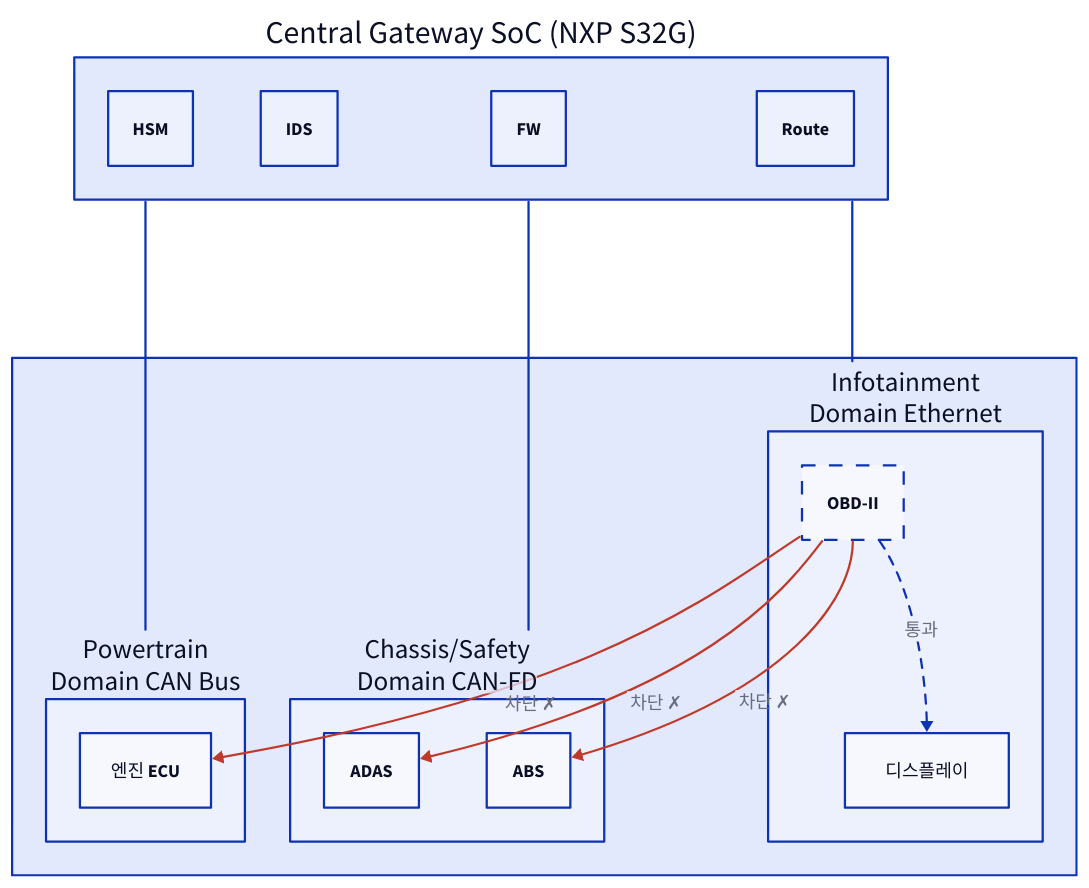
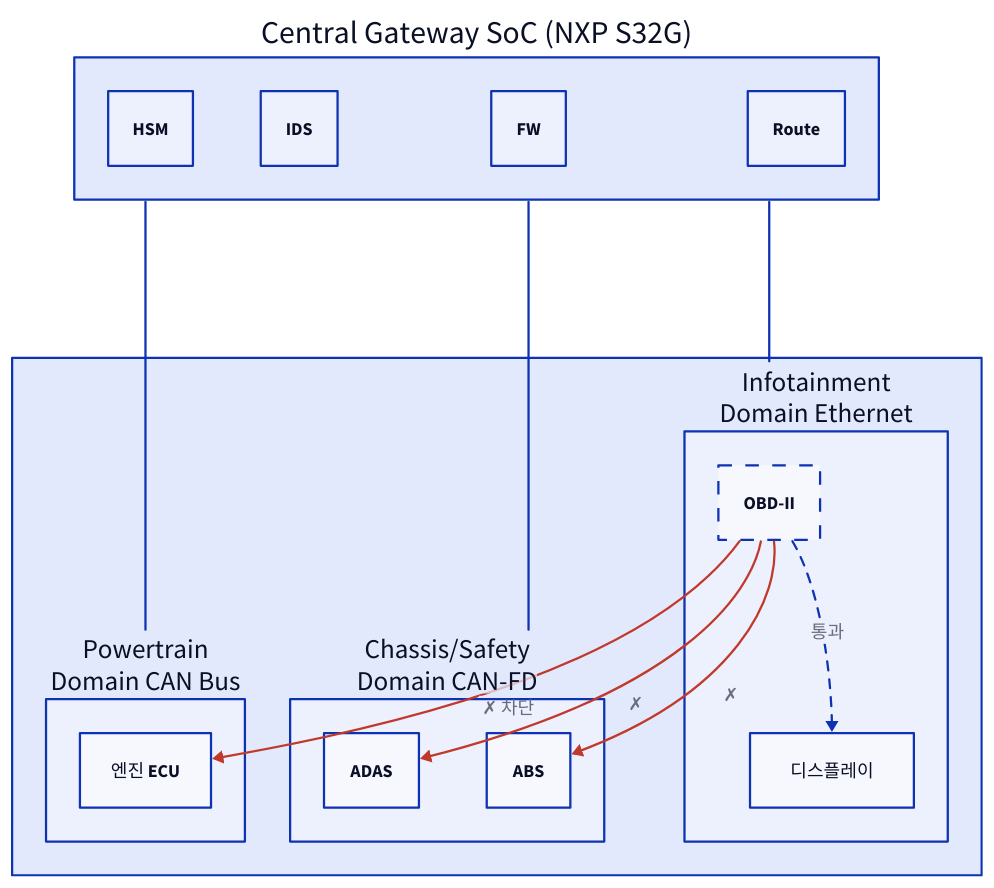
Before and after one commit to humbleowl39/DV_SKOOL: diagram 12 of 14 in starlight_site/src/content/docs/automotive_cybersecurity/02_automotive_soc_security.md, drawn with D2. The commit also changed 714 other files, not shown here.

First line of the commit message:
fix(site): d2 다이어그램 가독성 결함 6종 일괄 수정

````diff
--- a/starlight_site/src/content/docs/automotive_cybersecurity/02_automotive_soc_security.md
+++ b/starlight_site/src/content/docs/automotive_cybersecurity/02_automotive_soc_security.md
@@ -490,34 +490,34 @@
 ```d2
 direction: down
 
 GW: "Central Gateway SoC (NXP S32G)" {
   direction: right
   G_HSM: HSM
   G_IDS: IDS
   G_FW: FW
   G_RT: Route
 }
 
 DOMAINS: "" {
   direction: right
   PT: "Powertrain\nDomain CAN Bus" {
     ENG: "엔진 ECU"
   }
   CH: "Chassis/Safety\nDomain CAN-FD" {
     ADAS: ADAS
     ABS: ABS
   }
   IN: "Infotainment\nDomain Ethernet" {
     DISP: 디스플레이
     OBD: "OBD-II" { style.stroke-dash: 6; style.stroke-width: 2 }
   }
 }
 
 GW -- DOMAINS.PT
 GW -- DOMAINS.CH
 GW -- DOMAINS.IN
 DOMAINS.IN.OBD -> DOMAINS.IN.DISP: "통과" { style.stroke-dash: 4 }
-DOMAINS.IN.OBD -> DOMAINS.CH.ADAS: "차단 ✗" { style.stroke: "#c0392b" }
-DOMAINS.IN.OBD -> DOMAINS.CH.ABS: "차단 ✗" { style.stroke: "#c0392b" }
-DOMAINS.IN.OBD -> DOMAINS.PT.ENG: "차단 ✗" { style.stroke: "#c0392b" }
+DOMAINS.IN.OBD -> DOMAINS.CH.ADAS: "✗" { style.stroke: "#c0392b" }
+DOMAINS.IN.OBD -> DOMAINS.CH.ABS: "✗" { style.stroke: "#c0392b" }
+DOMAINS.IN.OBD -> DOMAINS.PT.ENG: "✗ 차단" { style.stroke: "#c0392b" }
 ```
````
